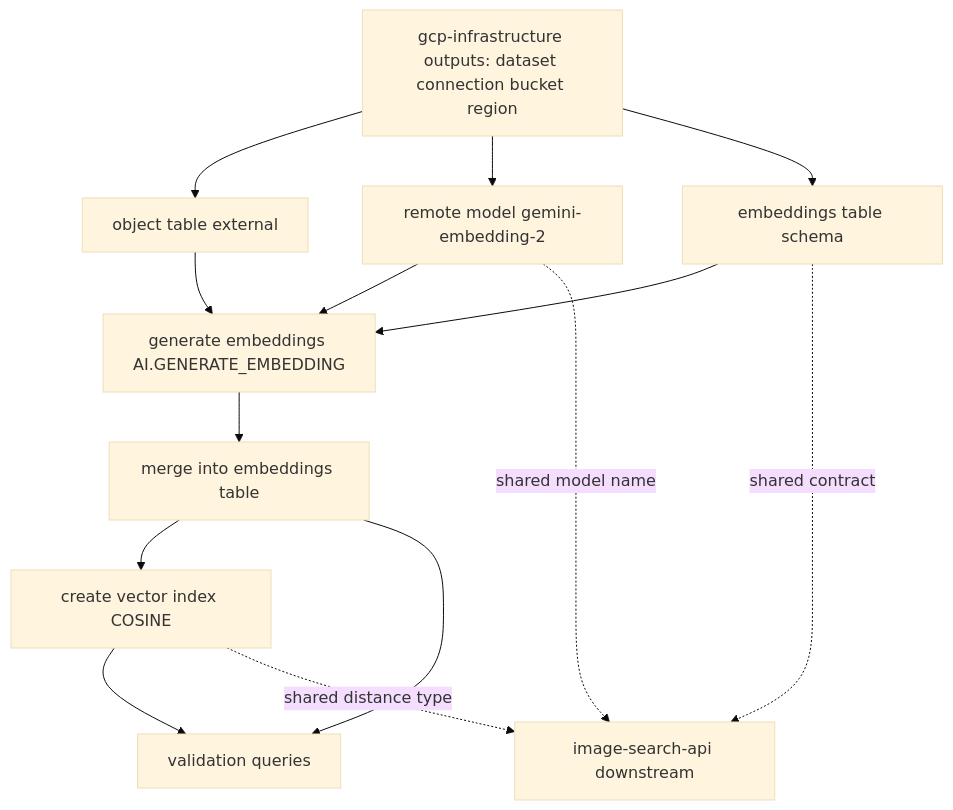
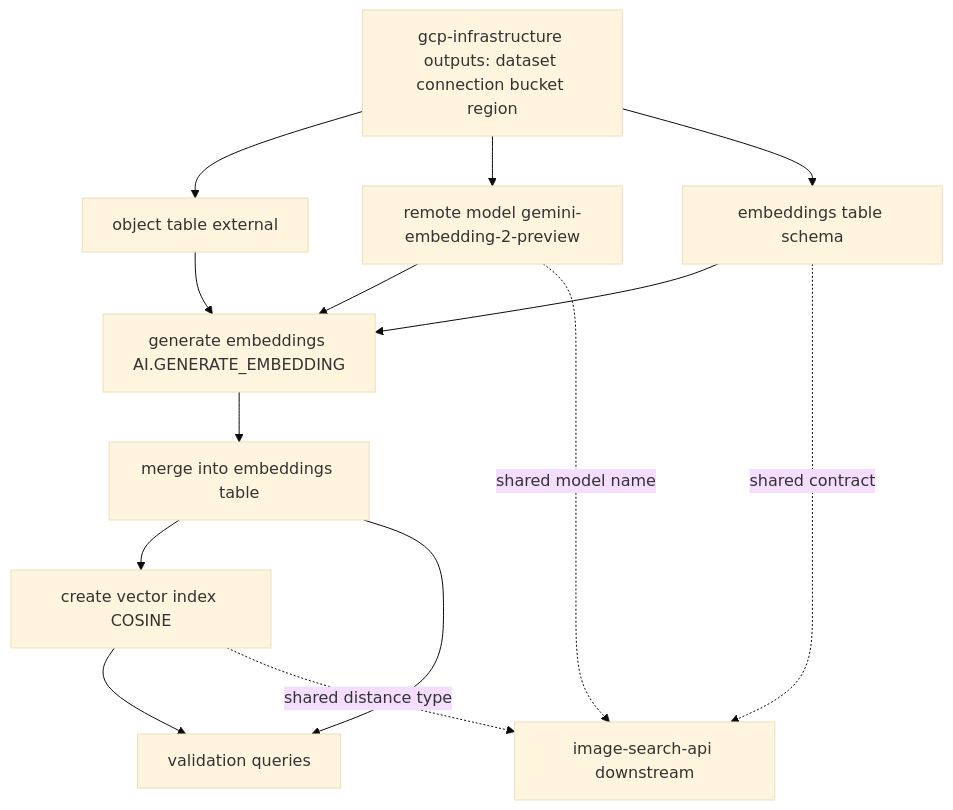
The first of 2 diagrams in .kiro/specs/image-ingestion-pipeline/design.md (aGFydWtp/big-query-image-search), drawn with Mermaid (base theme) before and after one commit. The commit also changed other lines of this file and 4 other files, not shown here.

````diff
--- a/.kiro/specs/image-ingestion-pipeline/design.md
+++ b/.kiro/specs/image-ingestion-pipeline/design.md
@@ -59,16 +60,16 @@
 ```mermaid
 graph TB
     Upstream[gcp-infrastructure outputs: dataset connection bucket region] --> ObjTable[object table external]
-    Upstream --> RemoteModel[remote model gemini-embedding-2]
+    Upstream --> RemoteModel[remote model gemini-embedding-2-preview]
     Upstream --> EmbTable[embeddings table schema]
     ObjTable --> GenEmb[generate embeddings AI.GENERATE_EMBEDDING]
     RemoteModel --> GenEmb
     EmbTable --> GenEmb
     GenEmb --> Merge[merge into embeddings table]
     Merge --> VIndex[create vector index COSINE]
     Merge --> Validate[validation queries]
     VIndex --> Validate
     EmbTable -. shared contract .-> SearchAPI[image-search-api downstream]
     RemoteModel -. shared model name .-> SearchAPI
     VIndex -. shared distance type .-> SearchAPI
 ```
````
